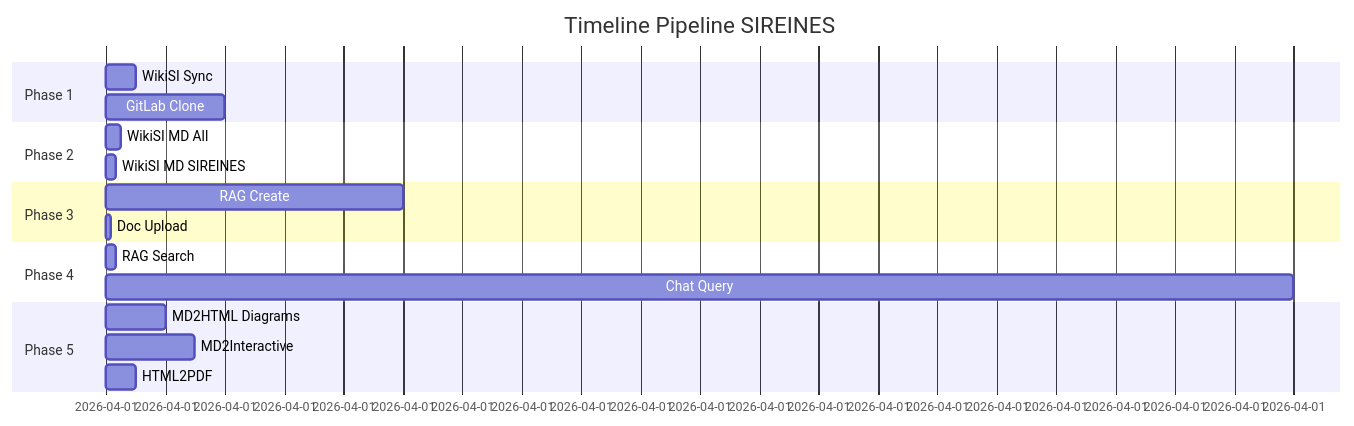
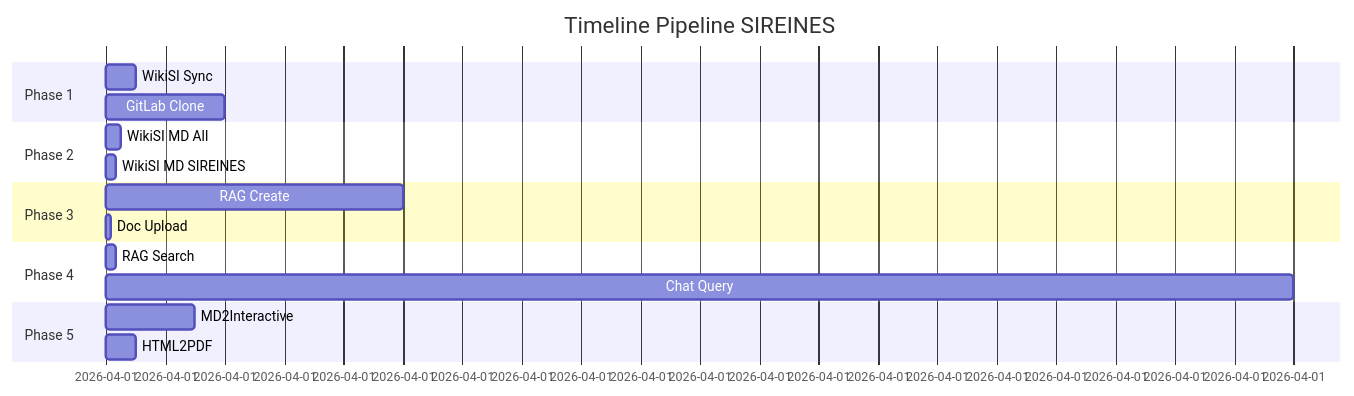
One commit to warchosian/ambulon changed the eighth of 8 diagrams in doc/sireines.automation.md. Above: the diagram before and after it, drawn with Mermaid. The commit also changed other lines of this file, not shown here.

````diff
--- a/doc/sireines.automation.md
+++ b/doc/sireines.automation.md
@@ -530,26 +536,25 @@
 ```mermaid
 gantt
     title Timeline Pipeline SIREINES
     dateFormat  mm:ss
 
     section Phase 1
     WikiSI Sync        :00:00, 00:30
     GitLab Clone       :00:00, 02:00
 
     section Phase 2
     WikiSI MD All      :00:00, 00:15
     WikiSI MD SIREINES :00:00, 00:10
 
     section Phase 3
     RAG Create         :00:00, 05:00
     Doc Upload         :00:00, 00:05
 
     section Phase 4
     RAG Search         :00:00, 00:10
     Chat Query         :00:00, 20:00
 
     section Phase 5
-    MD2HTML Diagrams   :00:00, 01:00
     MD2Interactive     :00:00, 01:30
     HTML2PDF           :00:00, 00:30
 ```
````
